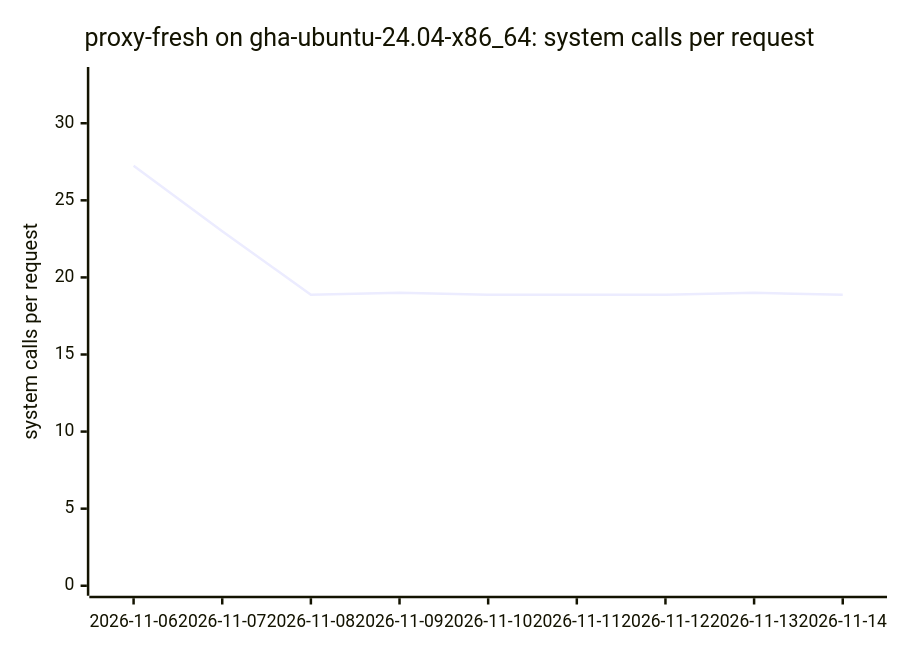
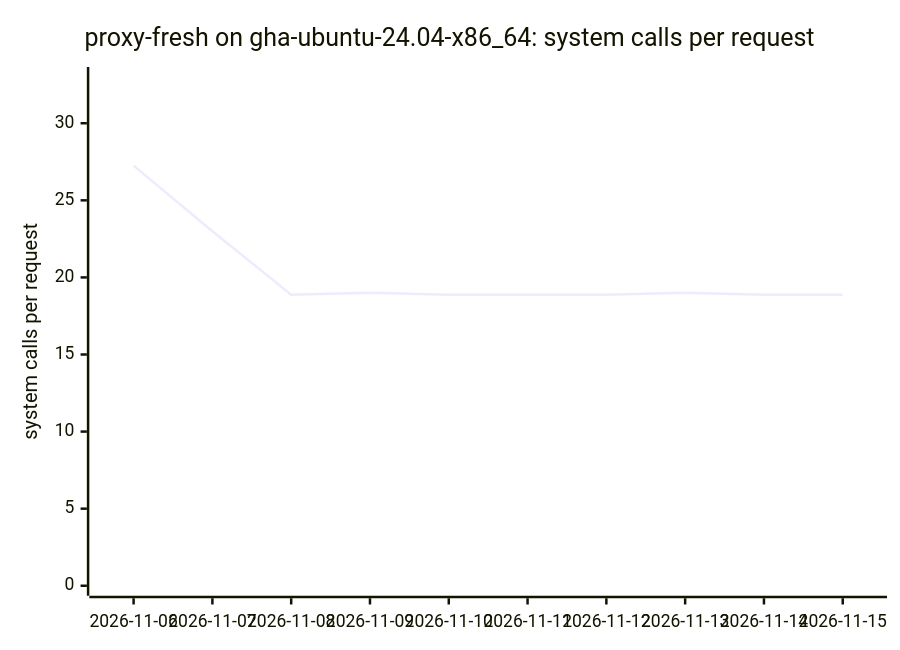
Diagram 14 of 18 in BENCHMARKS.md (ThePixelPilgrim/durchlauferhitzer), drawn with Mermaid before and after one commit. The commit also changed other lines of this file and 1 other file, not shown here.

````diff
--- a/BENCHMARKS.md
+++ b/BENCHMARKS.md
@@ -158,7 +158,7 @@
 ```mermaid
 xychart-beta
   title "proxy-fresh on gha-ubuntu-24.04-x86_64: system calls per request"
-  x-axis ["2026-11-06", "2026-11-07", "2026-11-08", "2026-11-09", "2026-11-10", "2026-11-11", "2026-11-12", "2026-11-13", "2026-11-14"]
+  x-axis ["2026-11-06", "2026-11-07", "2026-11-08", "2026-11-09", "2026-11-10", "2026-11-11", "2026-11-12", "2026-11-13", "2026-11-14", "2026-11-15"]
   y-axis "system calls per request" 0 --> 33
-  line [27.25, 23.00, 18.88, 19.00, 18.88, 18.88, 18.88, 19.00, 18.88]
+  line [27.25, 23.00, 18.88, 19.00, 18.88, 18.88, 18.88, 19.00, 18.88, 18.88]
 ```
````
